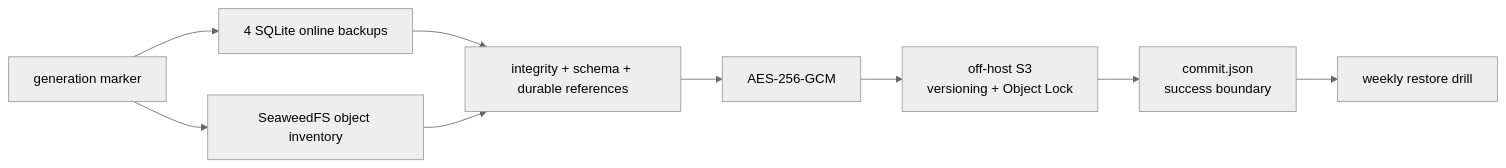
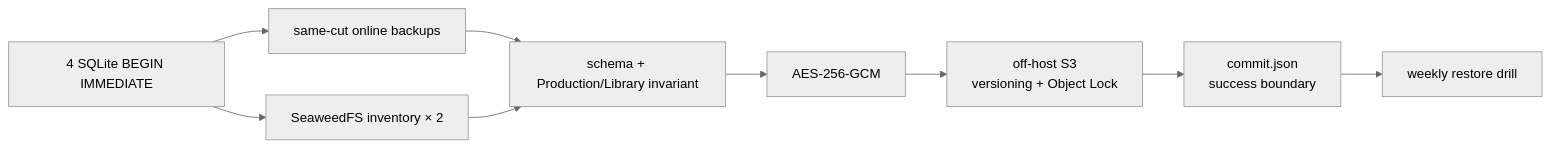
The first of 3 diagrams in docs/operations/service-state-recovery.md (r4ai/news-podcast), drawn with Mermaid (neutral theme) before and after one commit. The commit also changed other lines of this file and 17 other files, not shown here.

````diff
--- a/docs/operations/service-state-recovery.md
+++ b/docs/operations/service-state-recovery.md
@@ -5,11 +5,11 @@
 ```mermaid
 flowchart LR
-  Marker["generation marker"] --> DB["4 SQLite online backups"]
-  Marker --> Objects["SeaweedFS object inventory"]
-  DB --> Validate["integrity + schema + durable references"]
+  Barrier["4 SQLite BEGIN IMMEDIATE"] --> DB["same-cut online backups"]
+  Barrier --> Objects["SeaweedFS inventory × 2"]
+  DB --> Validate["schema + Production/Library invariant"]
   Objects --> Validate
   Validate --> Encrypt["AES-256-GCM"]
   Encrypt --> Remote["off-host S3<br/>versioning + Object Lock"]
   Remote --> Commit["commit.json<br/>success boundary"]
   Commit --> Drill["weekly restore drill"]
 ```
````
